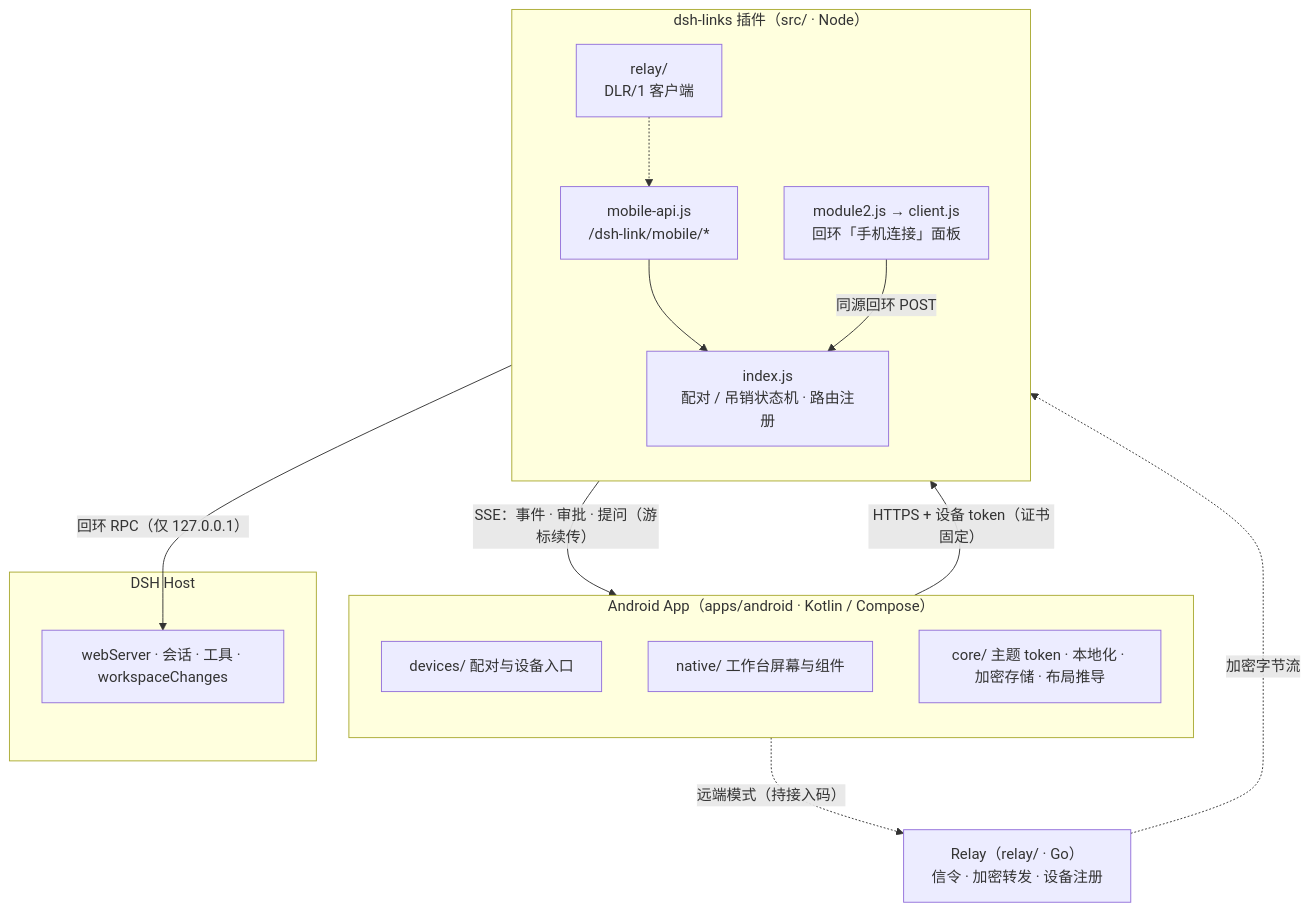
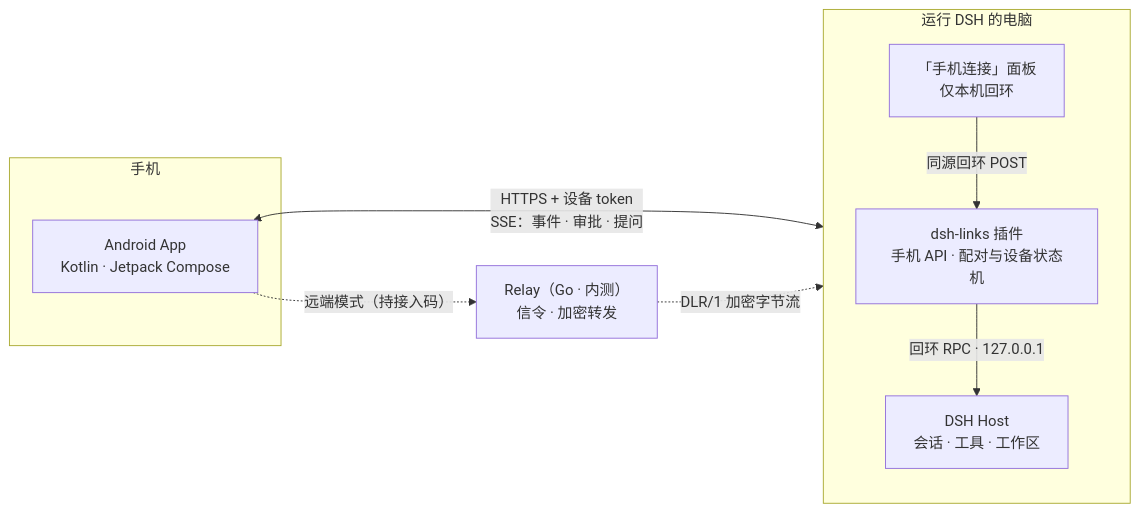
Before and after one commit to lunaship/dsh-cetus: the diagram in README.md, drawn with Mermaid.

Commit message:
docs: README 架构图改为扁平布局，修复 GitHub 渲染被裁切

````diff
--- a/README.md
+++ b/README.md
@@ -110,32 +110,21 @@
 ```mermaid
-flowchart TB
-    subgraph App ["Android App（apps/android · Kotlin / Compose）"]
-        direction TB
-        Devices["devices/ 配对与设备入口"]
-        Native["native/ 工作台屏幕与组件"]
-        Core["core/ 主题 token · 本地化 · 加密存储 · 布局推导"]
+flowchart LR
+    subgraph Phone ["手机"]
+        App["Android App<br/>Kotlin · Jetpack Compose"]
     end
 
-    subgraph Plugin ["dsh-links 插件（src/ · Node）"]
+    subgraph Computer ["运行 DSH 的电脑"]
         direction TB
-        MobileApi["mobile-api.js<br/>/dsh-link/mobile/*"]
-        StateMachine["index.js<br/>配对 / 吊销状态机 · 路由注册"]
-        Panel["module2.js → client.js<br/>回环「手机连接」面板"]
-        RelayClient["relay/<br/>DLR/1 客户端"]
+        Plugin["dsh-links 插件<br/>手机 API · 配对与设备状态机"]
+        Panel["「手机连接」面板<br/>仅本机回环"]
+        Host["DSH Host<br/>会话 · 工具 · 工作区"]
     end
 
-    subgraph Host ["DSH Host"]
-        WebServer["webServer · 会话 · 工具 · workspaceChanges"]
-    end
+    Relay["Relay（Go · 内测）<br/>信令 · 加密转发"]
 
-    Relay["Relay（relay/ · Go）<br/>信令 · 加密转发 · 设备注册"]
-
-    App -->|"HTTPS + 设备 token（证书固定）"| MobileApi
-    MobileApi -->|"SSE：事件 · 审批 · 提问（游标续传）"| App
-    MobileApi --> StateMachine
-    StateMachine -->|"回环 RPC（仅 127.0.0.1）"| WebServer
-    Panel -->|"同源回环 POST"| StateMachine
+    App <-->|"HTTPS + 设备 token<br/>SSE：事件 · 审批 · 提问"| Plugin
+    Panel -->|"同源回环 POST"| Plugin
+    Plugin -->|"回环 RPC · 127.0.0.1"| Host
     App -.->|"远端模式（持接入码）"| Relay
-    Relay -.->|"加密字节流"| RelayClient
-    RelayClient -.-> MobileApi
+    Relay -.->|"DLR/1 加密字节流"| Plugin
 ```
````
